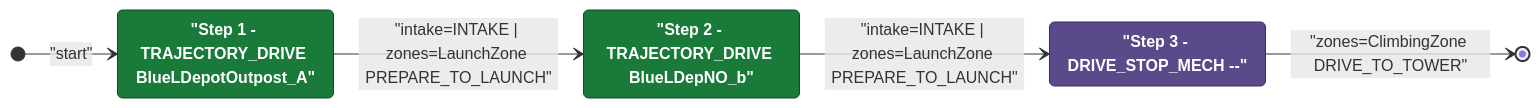
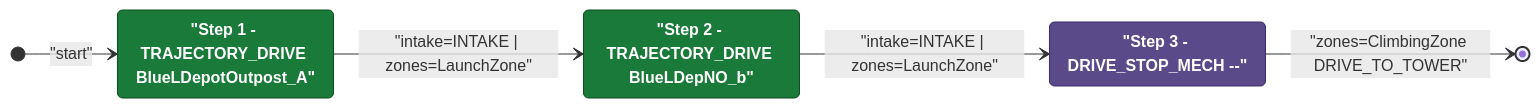
One commit to Team302/2026Rebuilt changed the diagram in documents/auton/BlueTDepLaunch0DepNOutScoreClimb.md. Above: the diagram before and after it, drawn with Mermaid. The commit also changed other lines of this file and 131 other files, not shown here.

First line of the commit message:
docs(auton): regenerate Mermaid diagrams [skip ci]

````diff
--- a/documents/auton/BlueTDepLaunch0DepNOutScoreClimb.md
+++ b/documents/auton/BlueTDepLaunch0DepNOutScoreClimb.md
@@ -8,21 +8,21 @@
 ```mermaid
 stateDiagram-v2
     direction LR
 
     %% Green = intake active, Purple = intake off
     classDef intake  fill:#1a7a3a,color:#ffffff,stroke:#0d4a1f,font-weight:bold
     classDef noIntake fill:#5a4a8a,color:#ffffff,stroke:#3a2a6a,font-weight:bold
 
     Step1 : "Step 1 - TRAJECTORY_DRIVE BlueLDepotOutpost_A"
     Step2 : "Step 2 - TRAJECTORY_DRIVE BlueLDepNO_b"
     Step3 : "Step 3 - DRIVE_STOP_MECH --"
 
     class Step1 intake
     class Step2 intake
     class Step3 noIntake
 
     [*] --> Step1 : "start"
-    Step1 --> Step2: "intake=INTAKE | zones=LaunchZone PREPARE_TO_LAUNCH"
-    Step2 --> Step3: "intake=INTAKE | zones=LaunchZone PREPARE_TO_LAUNCH"
+    Step1 --> Step2: "intake=INTAKE | zones=LaunchZone"
+    Step2 --> Step3: "intake=INTAKE | zones=LaunchZone"
     Step3 --> [*]: "zones=ClimbingZone DRIVE_TO_TOWER"
 ```
````
